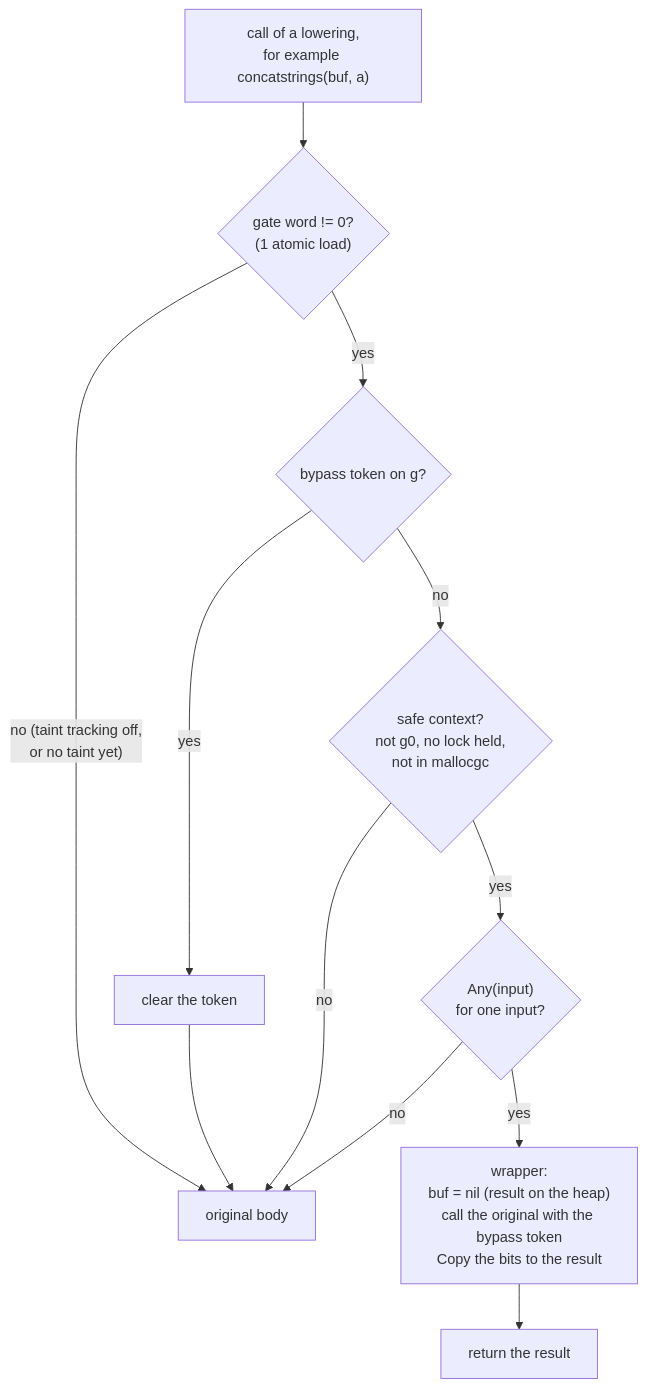
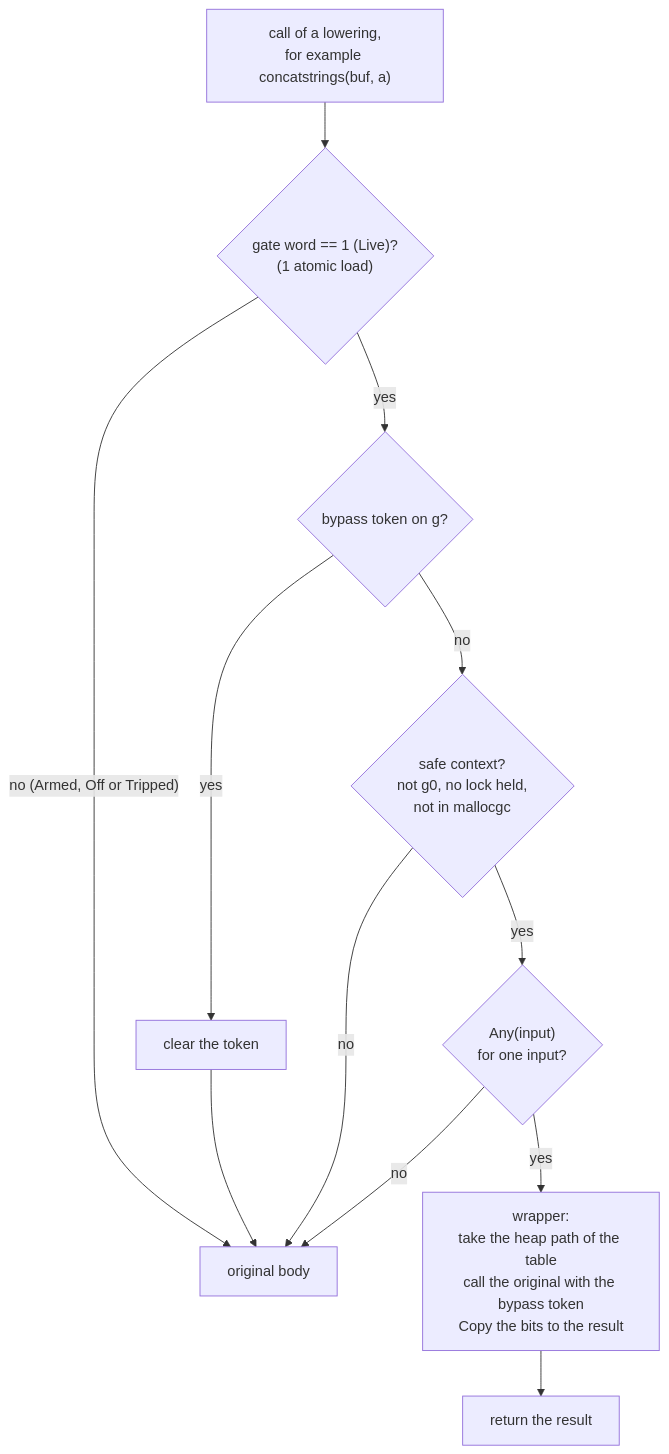
Before and after one commit to DataDog/dd-iast-go: the fourth of 7 diagrams in _docs/design/taint-tracking-v0.md, drawn with Mermaid. The commit also changed other lines of this file, not shown here.

````diff
--- a/_docs/design/taint-tracking-v0.md
+++ b/_docs/design/taint-tracking-v0.md
@@ -277,13 +416,13 @@
 ```mermaid
 flowchart TD
-  E["call of a lowering,<br/>for example concatstrings(buf, a)"] --> G{"gate word != 0?<br/>(1 atomic load)"}
-  G -- "no (taint tracking off,<br/>or no taint yet)" --> ORIG["original body"]
+  E["call of a lowering,<br/>for example concatstrings(buf, a)"] --> G{"gate word == 1 (Live)?<br/>(1 atomic load)"}
+  G -- "no (Armed, Off or Tripped)" --> ORIG["original body"]
   G -- yes --> BY{"bypass token on g?"}
   BY -- yes --> CLR["clear the token"] --> ORIG
   BY -- no --> CTX{"safe context?<br/>not g0, no lock held,<br/>not in mallocgc"}
   CTX -- no --> ORIG
   CTX -- yes --> ANY{"Any(input)<br/>for one input?"}
   ANY -- no --> ORIG
-  ANY -- yes --> WR["wrapper:<br/>buf = nil (result on the heap)<br/>call the original with the bypass token<br/>Copy the bits to the result"]
+  ANY -- yes --> WR["wrapper:<br/>take the heap path of the table<br/>call the original with the bypass token<br/>Copy the bits to the result"]
   WR --> RET["return the result"]
 ```
````
